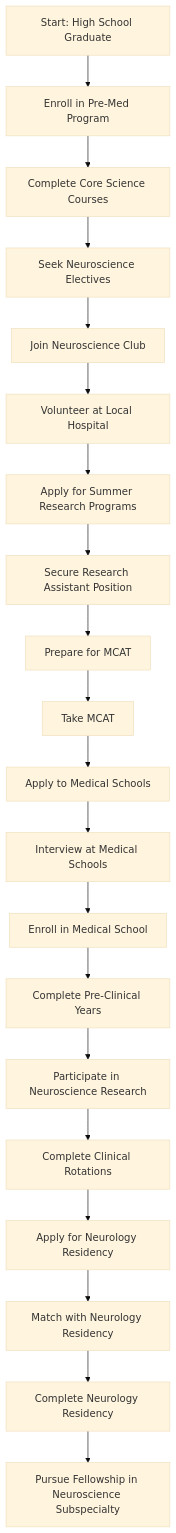
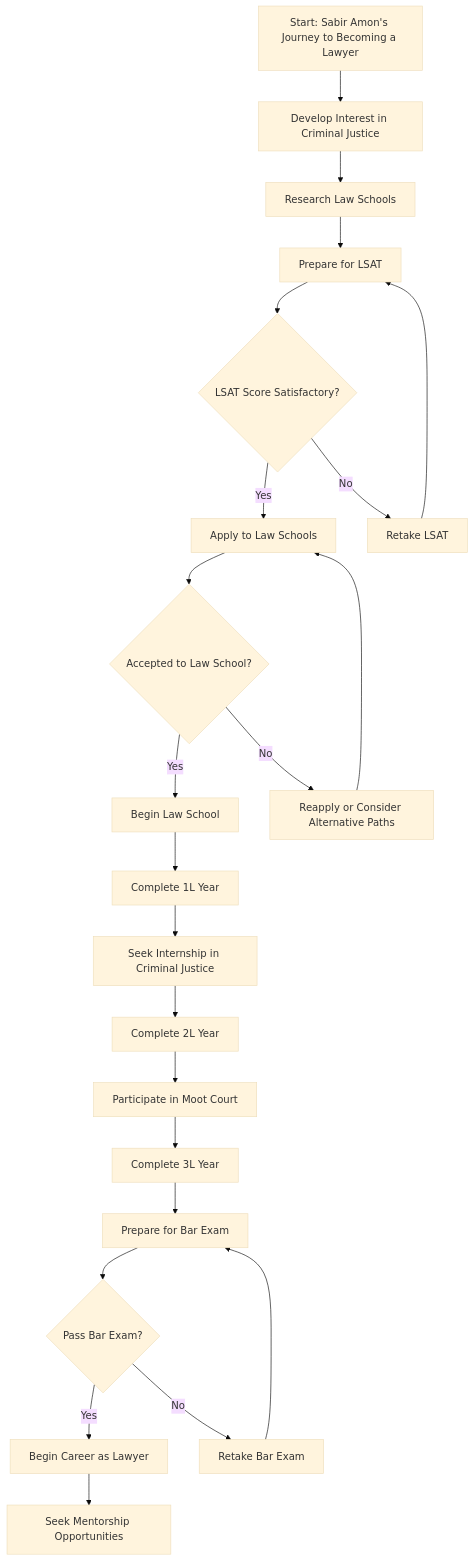
The diagram in server/flowchart.mmd (NickS294/SH2024-Roadie), drawn with Mermaid (base theme) before and after one commit. The commit also changed 6 other files, not shown here.

````diff
--- a/server/flowchart.mmd
+++ b/server/flowchart.mmd
@@ -1,20 +1,25 @@
+```mermaid
 graph TD
-    A[Start: High School Graduate] --> B[Enroll in Pre-Med Program]
-    B --> C[Complete Core Science Courses]
-    C --> D[Seek Neuroscience Electives]
-    D --> E[Join Neuroscience Club]
-    E --> F[Volunteer at Local Hospital]
-    F --> G[Apply for Summer Research Programs]
-    G --> H[Secure Research Assistant Position]
-    H --> I[Prepare for MCAT]
-    I --> J[Take MCAT]
-    J --> K[Apply to Medical Schools]
-    K --> L[Interview at Medical Schools]
-    L --> M[Enroll in Medical School]
-    M --> N[Complete Pre-Clinical Years]
-    N --> O[Participate in Neuroscience Research]
-    O --> P[Complete Clinical Rotations]
-    P --> Q[Apply for Neurology Residency]
-    Q --> R[Match with Neurology Residency]
-    R --> S[Complete Neurology Residency]
-    S --> T[Pursue Fellowship in Neuroscience Subspecialty]
+    A[Start: Sabir Amon's Journey to Becoming a Lawyer] --> B[Develop Interest in Criminal Justice]
+    B --> C[Research Law Schools]
+    C --> D[Prepare for LSAT]
+    D --> E{LSAT Score Satisfactory?}
+    E -->|Yes| F[Apply to Law Schools]
+    E -->|No| G[Retake LSAT]
+    G --> D
+    F --> H{Accepted to Law School?}
+    H -->|Yes| I[Begin Law School]
+    H -->|No| J[Reapply or Consider Alternative Paths]
+    J --> F
+    I --> K[Complete 1L Year]
+    K --> L[Seek Internship in Criminal Justice]
+    L --> M[Complete 2L Year]
+    M --> N[Participate in Moot Court]
+    N --> O[Complete 3L Year]
+    O --> P[Prepare for Bar Exam]
+    P --> Q{Pass Bar Exam?}
+    Q -->|Yes| R[Begin Career as Lawyer]
+    Q -->|No| S[Retake Bar Exam]
+    S --> P
+    R --> T[Seek Mentorship Opportunities]
+```
````
